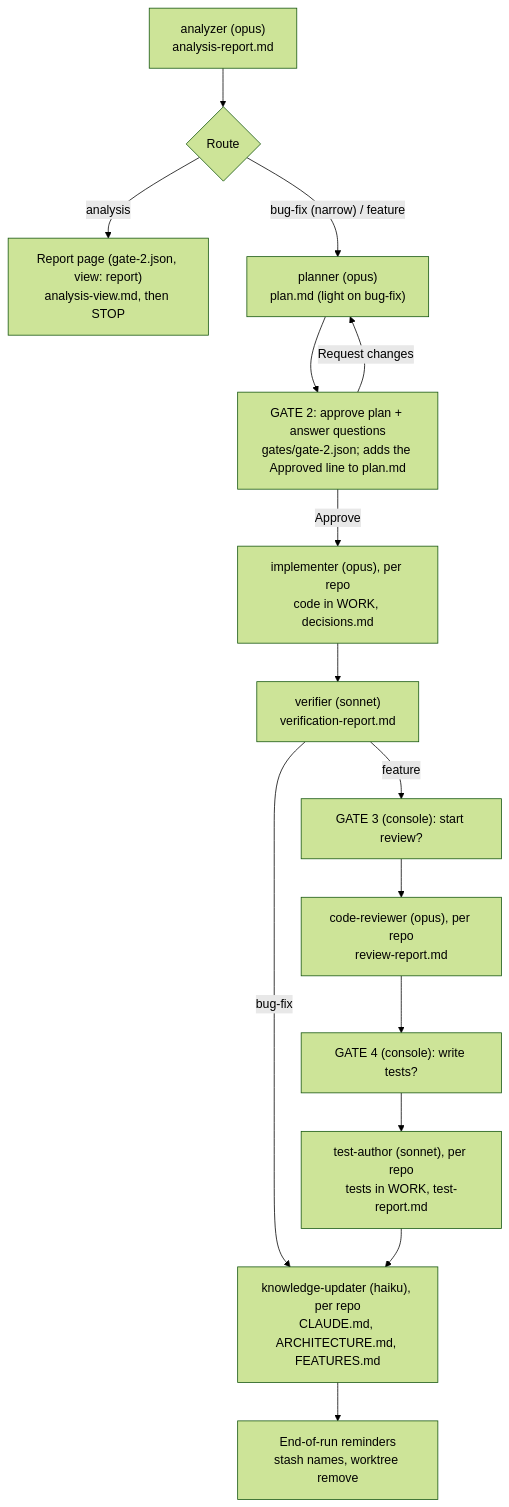
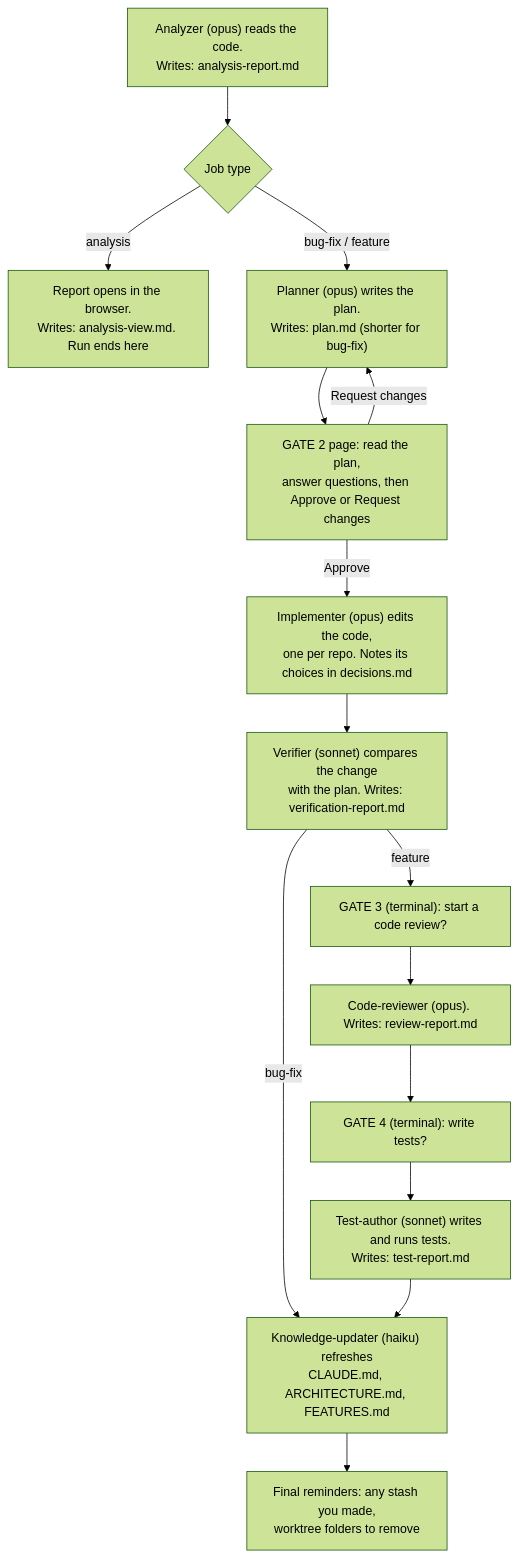
One commit to jaison10/cross-repo-orchestrator changed the second of 3 diagrams in README.md. Above: the diagram before and after it, drawn with Mermaid (forest theme). The commit also changed other lines of this file, not shown here.

````diff
--- a/README.md
+++ b/README.md
@@ -63,17 +78,17 @@
 ```mermaid
 flowchart TD
-    A["analyzer (opus)<br/>analysis-report.md"] --> R{"Route"}
-    R -- "analysis" --> S["Report page (gate-2.json, view: report)<br/>analysis-view.md, then STOP"]
-    R -- "bug-fix (narrow) / feature" --> P["planner (opus)<br/>plan.md (light on bug-fix)"]
-    P --> G2["GATE 2: approve plan + answer questions<br/>gates/gate-2.json; adds the Approved line to plan.md"]
+    A["Analyzer (opus) reads the code.<br/>Writes: analysis-report.md"] --> R{"Job type"}
+    R -- "analysis" --> S["Report opens in the browser.<br/>Writes: analysis-view.md. Run ends here"]
+    R -- "bug-fix / feature" --> P["Planner (opus) writes the plan.<br/>Writes: plan.md (shorter for bug-fix)"]
+    P --> G2["GATE 2 page: read the plan,<br/>answer questions, then Approve or Request changes"]
     G2 -- "Request changes" --> P
-    G2 -- "Approve" --> I["implementer (opus), per repo<br/>code in WORK, decisions.md"]
-    I --> V["verifier (sonnet)<br/>verification-report.md"]
+    G2 -- "Approve" --> I["Implementer (opus) edits the code,<br/>one per repo. Notes its choices in decisions.md"]
+    I --> V["Verifier (sonnet) compares the change<br/>with the plan. Writes: verification-report.md"]
     V -- "bug-fix" --> K
-    V -- "feature" --> G3["GATE 3 (console): start review?"]
-    G3 --> CR["code-reviewer (opus), per repo<br/>review-report.md"]
-    CR --> G4["GATE 4 (console): write tests?"]
-    G4 --> T["test-author (sonnet), per repo<br/>tests in WORK, test-report.md"]
-    T --> K["knowledge-updater (haiku), per repo<br/>CLAUDE.md, ARCHITECTURE.md, FEATURES.md"]
-    K --> E["End-of-run reminders<br/>stash names, worktree remove"]
+    V -- "feature" --> G3["GATE 3 (terminal): start a code review?"]
+    G3 --> CR["Code-reviewer (opus). Writes: review-report.md"]
+    CR --> G4["GATE 4 (terminal): write tests?"]
+    G4 --> T["Test-author (sonnet) writes and runs tests.<br/>Writes: test-report.md"]
+    T --> K["Knowledge-updater (haiku) refreshes<br/>CLAUDE.md, ARCHITECTURE.md, FEATURES.md"]
+    K --> E["Final reminders: any stash you made,<br/>worktree folders to remove"]
 ```
````
